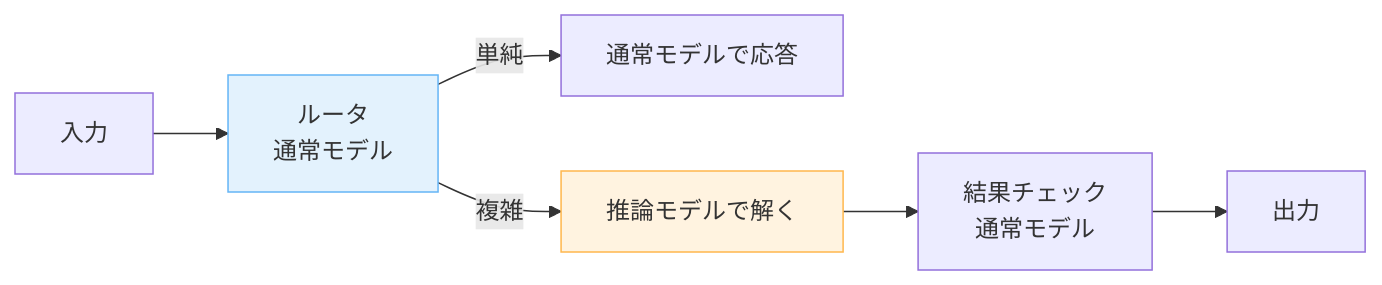
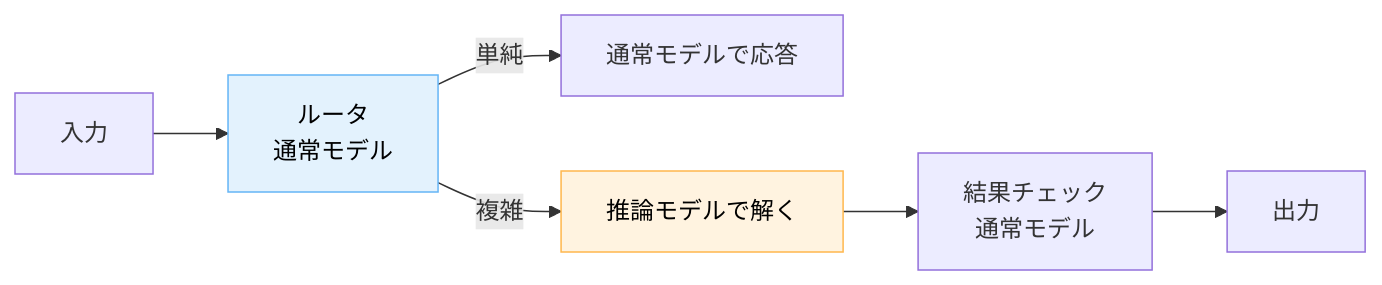
The third of 3 diagrams in docs/techniques/推論モデル-o1o3extended-thinking-の使いどころ.md (dinekt/dinekt-wiki), drawn with Mermaid before and after one commit. The commit also changed other lines of this file and 71 other files, not shown here.

First line of the commit message:
fix: mermaid readability + remove GitHub repo toolbar

````diff
--- a/docs/techniques/推論モデル-o1o3extended-thinking-の使いどころ.md
+++ b/docs/techniques/推論モデル-o1o3extended-thinking-の使いどころ.md
@@ -115,11 +115,11 @@
 ```mermaid
 flowchart LR
     I[入力] --> R1[ルータ<br/>通常モデル]
     R1 -->|単純| N[通常モデルで応答]
     R1 -->|複雑| R[推論モデルで解く]
     R --> C[結果チェック<br/>通常モデル]
     C --> O[出力]
 
-    style R1 fill:#e3f2fd,stroke:#64b5f6
-    style R fill:#fff3e0,stroke:#ffb74d
+    style R1 fill:#e3f2fd,stroke:#64b5f6,color:#000
+    style R fill:#fff3e0,stroke:#ffb74d,color:#000
 ```
````
